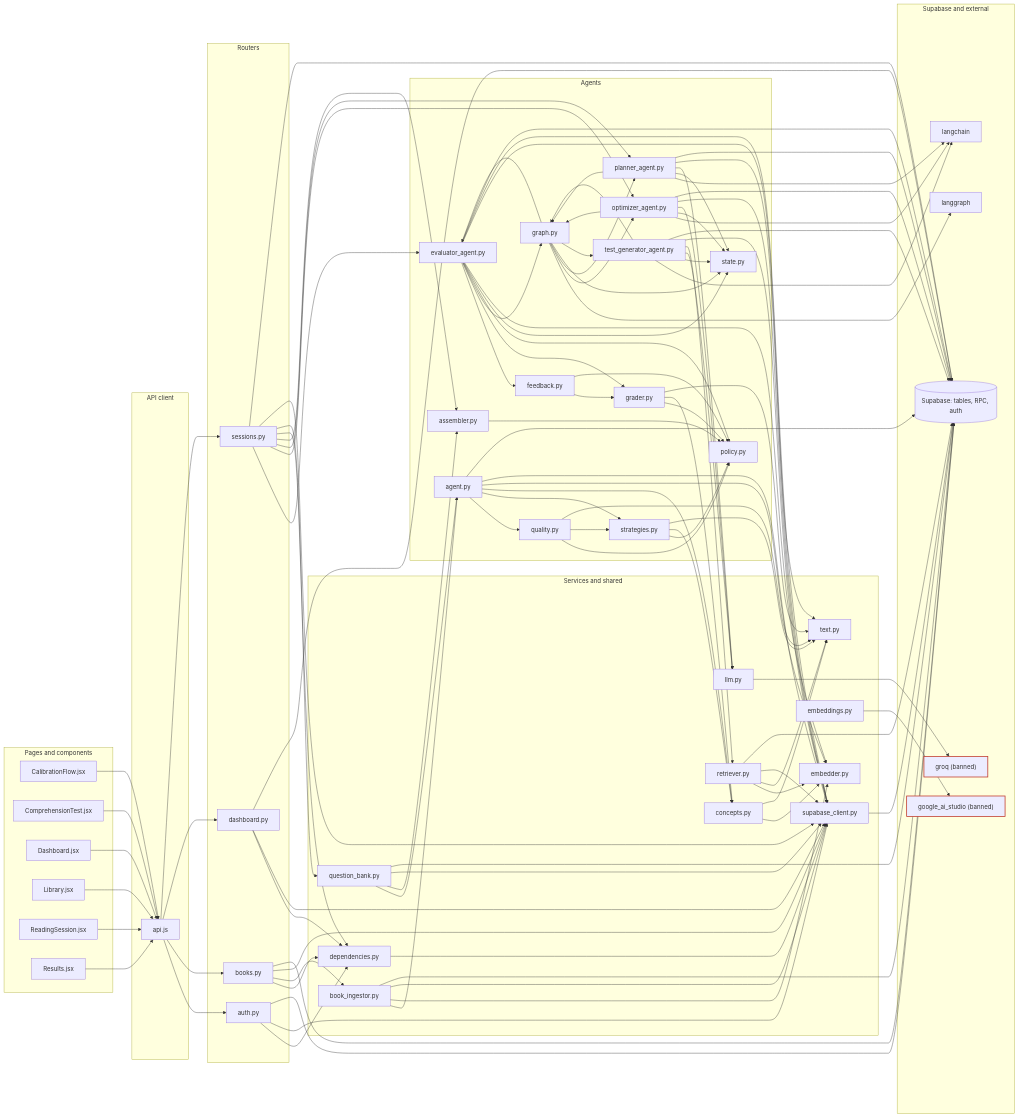
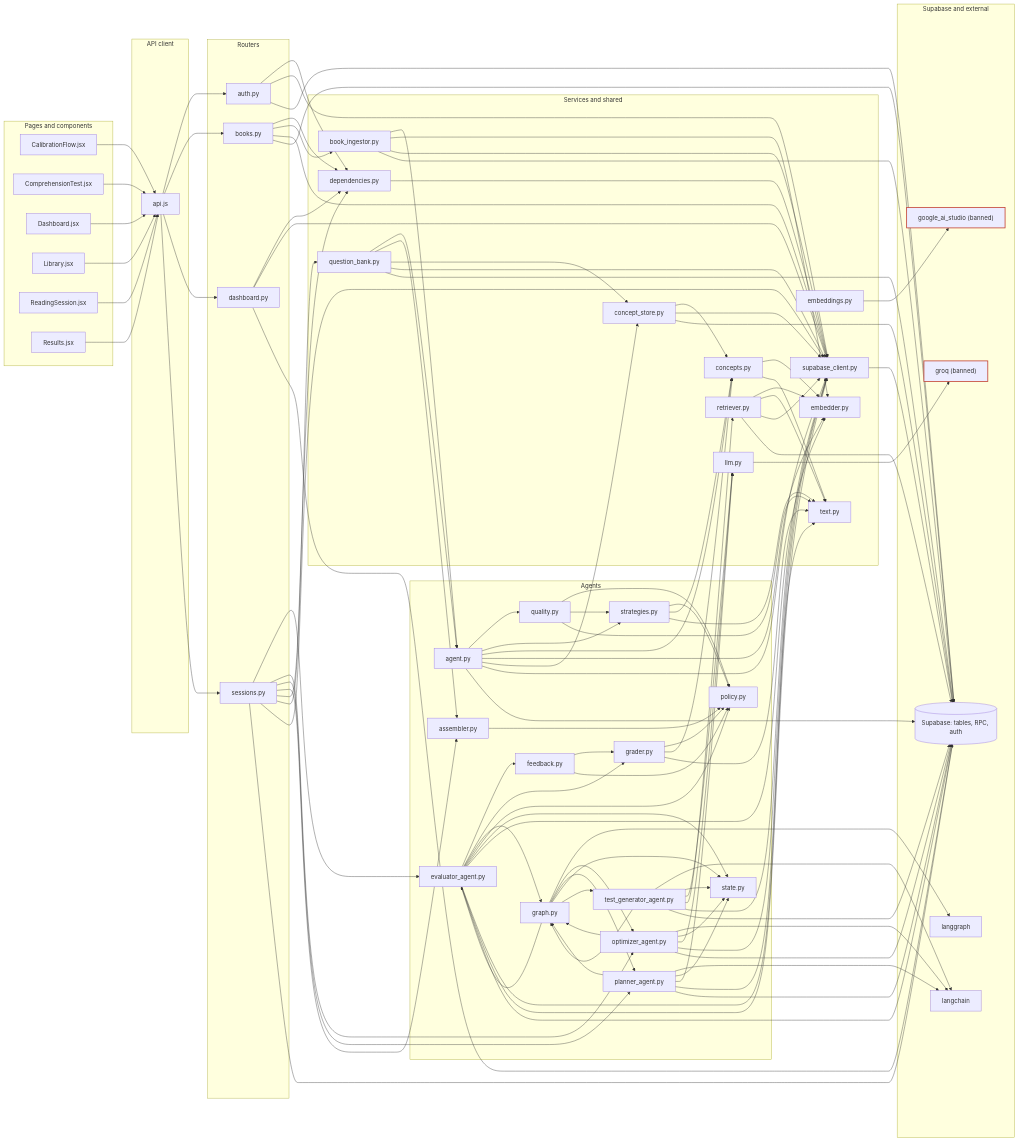
One commit to asparagusD/readfocus changed the first of 2 diagrams in docs/repo-graph/REPO_MAP.md. Above: the diagram before and after it, drawn with Mermaid. The commit also changed other lines of this file and 11 other files, not shown here.

```diff
--- a/docs/repo-graph/REPO_MAP.md
+++ b/docs/repo-graph/REPO_MAP.md
@@ -50,6 +50,7 @@
     file_backend_nlp_embedder_py["embedder.py"]
     file_backend_nlp_text_py["text.py"]
     file_backend_services_book_ingestor_py["book_ingestor.py"]
+    file_backend_services_concept_store_py["concept_store.py"]
     file_backend_services_embeddings_py["embeddings.py"]
     file_backend_services_llm_py["llm.py"]
     file_backend_services_question_bank_py["question_bank.py"]
@@ -99,6 +100,7 @@
   file_backend_agents_question_generation_agent_py --> file_backend_agents_question_generation_strategies_py
   file_backend_agents_question_generation_agent_py --> file_backend_nlp_concepts_py
   file_backend_agents_question_generation_agent_py --> file_backend_nlp_embedder_py
+  file_backend_agents_question_generation_agent_py --> file_backend_services_concept_store_py
   file_backend_agents_question_generation_agent_py --> file_backend_services_supabase_client_py
   file_backend_agents_question_generation_agent_py --> supabase
   file_backend_agents_question_generation_assembler_py --> file_backend_agents_policy_py
@@ -140,10 +142,14 @@
   file_backend_services_book_ingestor_py --> file_backend_nlp_embedder_py
   file_backend_services_book_ingestor_py --> file_backend_services_supabase_client_py
   file_backend_services_book_ingestor_py --> supabase
+  file_backend_services_concept_store_py --> file_backend_nlp_concepts_py
+  file_backend_services_concept_store_py --> file_backend_services_supabase_client_py
+  file_backend_services_concept_store_py --> supabase
   file_backend_services_embeddings_py --> external_google_ai_studio
   file_backend_services_llm_py --> external_groq
   file_backend_services_question_bank_py --> file_backend_agents_question_generation_agent_py
   file_backend_services_question_bank_py --> file_backend_agents_question_generation_assembler_py
+  file_backend_services_question_bank_py --> file_backend_services_concept_store_py
   file_backend_services_question_bank_py --> file_backend_services_supabase_client_py
   file_backend_services_question_bank_py --> supabase
   file_backend_services_retriever_py --> file_backend_nlp_embedder_py
```
